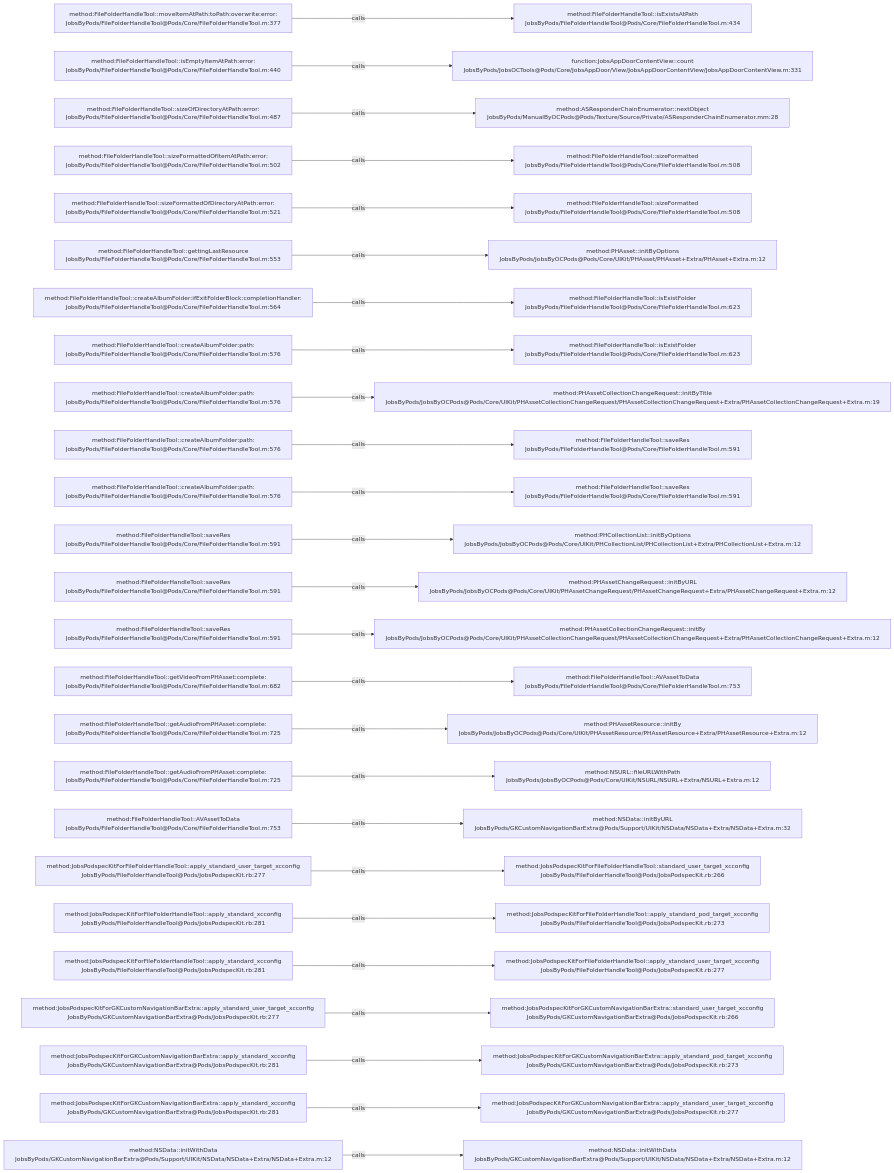
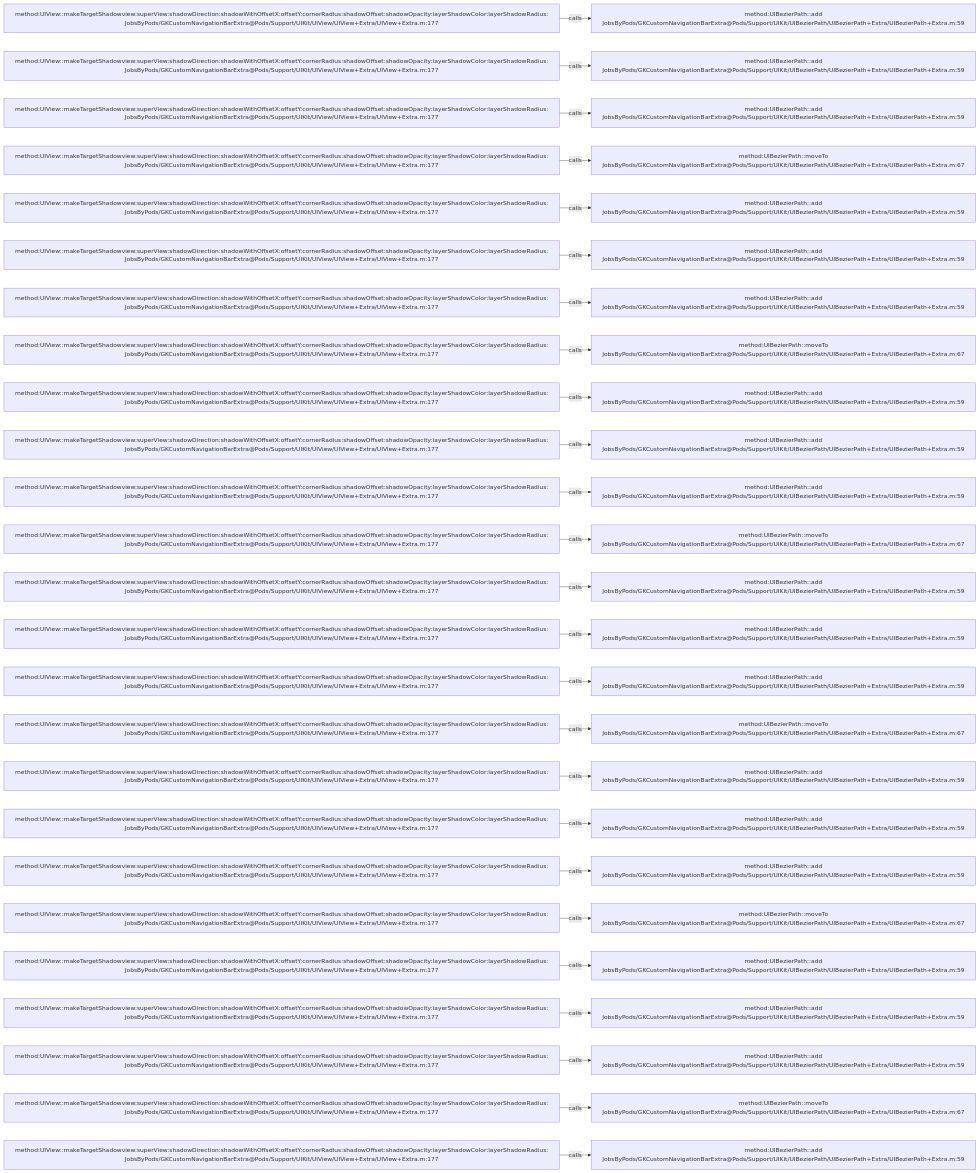
Before and after one commit to JobsKits/JobsOCBaseConfigDemo: the diagram in .codegraph/codegraph.md/graphs/calls-003.md, drawn with Mermaid. The commit also changed 573 other files, not shown here.

````diff
--- a/.codegraph/codegraph.md/graphs/calls-003.md
+++ b/.codegraph/codegraph.md/graphs/calls-003.md
@@ -13,78 +13,78 @@
 ```mermaid
 flowchart LR
-  S1["method:FileFolderHandleTool::moveItemAtPath:toPath:overwrite:error:<br/>JobsByPods/FileFolderHandleTool@Pods/Core/FileFolderHandleTool.m:377"]
-  T1["method:FileFolderHandleTool::isExistsAtPath<br/>JobsByPods/FileFolderHandleTool@Pods/Core/FileFolderHandleTool.m:434"]
+  S1["method:UIView::makeTargetShadowview:superView:shadowDirection:shadowWithOffsetX:offsetY:cornerRadius:shadowOffset:shadowOpacity:layerShadowColor:layerShadowRadius:<br/>JobsByPods/GKCustomNavigationBarExtra@Pods/Support/UIKit/UIView/UIView+Extra/UIView+Extra.m:177"]
+  T1["method:UIBezierPath::add<br/>JobsByPods/GKCustomNavigationBarExtra@Pods/Support/UIKit/UIBezierPath/UIBezierPath+Extra/UIBezierPath+Extra.m:59"]
   S1 -->|calls| T1
-  S2["method:FileFolderHandleTool::isEmptyItemAtPath:error:<br/>JobsByPods/FileFolderHandleTool@Pods/Core/FileFolderHandleTool.m:440"]
-  T2["function:JobsAppDoorContentView::count<br/>JobsByPods/JobsOCTools@Pods/Core/JobsAppDoor/View/JobsAppDoorContentView/JobsAppDoorContentView.m:331"]
+  S2["method:UIView::makeTargetShadowview:superView:shadowDirection:shadowWithOffsetX:offsetY:cornerRadius:shadowOffset:shadowOpacity:layerShadowColor:layerShadowRadius:<br/>JobsByPods/GKCustomNavigationBarExtra@Pods/Support/UIKit/UIView/UIView+Extra/UIView+Extra.m:177"]
+  T2["method:UIBezierPath::add<br/>JobsByPods/GKCustomNavigationBarExtra@Pods/Support/UIKit/UIBezierPath/UIBezierPath+Extra/UIBezierPath+Extra.m:59"]
   S2 -->|calls| T2
-  S3["method:FileFolderHandleTool::sizeOfDirectoryAtPath:error:<br/>JobsByPods/FileFolderHandleTool@Pods/Core/FileFolderHandleTool.m:487"]
-  T3["method:ASResponderChainEnumerator::nextObject<br/>JobsByPods/ManualByOCPods@Pods/Texture/Source/Private/ASResponderChainEnumerator.mm:28"]
+  S3["method:UIView::makeTargetShadowview:superView:shadowDirection:shadowWithOffsetX:offsetY:cornerRadius:shadowOffset:shadowOpacity:layerShadowColor:layerShadowRadius:<br/>JobsByPods/GKCustomNavigationBarExtra@Pods/Support/UIKit/UIView/UIView+Extra/UIView+Extra.m:177"]
+  T3["method:UIBezierPath::add<br/>JobsByPods/GKCustomNavigationBarExtra@Pods/Support/UIKit/UIBezierPath/UIBezierPath+Extra/UIBezierPath+Extra.m:59"]
   S3 -->|calls| T3
-  S4["method:FileFolderHandleTool::sizeFormattedOfItemAtPath:error:<br/>JobsByPods/FileFolderHandleTool@Pods/Core/FileFolderHandleTool.m:502"]
-  T4["method:FileFolderHandleTool::sizeFormatted<br/>JobsByPods/FileFolderHandleTool@Pods/Core/FileFolderHandleTool.m:508"]
+  S4["method:UIView::makeTargetShadowview:superView:shadowDirection:shadowWithOffsetX:offsetY:cornerRadius:shadowOffset:shadowOpacity:layerShadowColor:layerShadowRadius:<br/>JobsByPods/GKCustomNavigationBarExtra@Pods/Support/UIKit/UIView/UIView+Extra/UIView+Extra.m:177"]
+  T4["method:UIBezierPath::moveTo<br/>JobsByPods/GKCustomNavigationBarExtra@Pods/Support/UIKit/UIBezierPath/UIBezierPath+Extra/UIBezierPath+Extra.m:67"]
   S4 -->|calls| T4
-  S5["method:FileFolderHandleTool::sizeFormattedOfDirectoryAtPath:error:<br/>JobsByPods/FileFolderHandleTool@Pods/Core/FileFolderHandleTool.m:521"]
-  T5["method:FileFolderHandleTool::sizeFormatted<br/>JobsByPods/FileFolderHandleTool@Pods/Core/FileFolderHandleTool.m:508"]
+  S5["method:UIView::makeTargetShadowview:superView:shadowDirection:shadowWithOffsetX:offsetY:cornerRadius:shadowOffset:shadowOpacity:layerShadowColor:layerShadowRadius:<br/>JobsByPods/GKCustomNavigationBarExtra@Pods/Support/UIKit/UIView/UIView+Extra/UIView+Extra.m:177"]
+  T5["method:UIBezierPath::add<br/>JobsByPods/GKCustomNavigationBarExtra@Pods/Support/UIKit/UIBezierPath/UIBezierPath+Extra/UIBezierPath+Extra.m:59"]
   S5 -->|calls| T5
-  S6["method:FileFolderHandleTool::gettingLastResource<br/>JobsByPods/FileFolderHandleTool@Pods/Core/FileFolderHandleTool.m:553"]
-  T6["method:PHAsset::initByOptions<br/>JobsByPods/JobsByOCPods@Pods/Core/UIKit/PHAsset/PHAsset+Extra/PHAsset+Extra.m:12"]
+  S6["method:UIView::makeTargetShadowview:superView:shadowDirection:shadowWithOffsetX:offsetY:cornerRadius:shadowOffset:shadowOpacity:layerShadowColor:layerShadowRadius:<br/>JobsByPods/GKCustomNavigationBarExtra@Pods/Support/UIKit/UIView/UIView+Extra/UIView+Extra.m:177"]
+  T6["method:UIBezierPath::add<br/>JobsByPods/GKCustomNavigationBarExtra@Pods/Support/UIKit/UIBezierPath/UIBezierPath+Extra/UIBezierPath+Extra.m:59"]
   S6 -->|calls| T6
-  S7["method:FileFolderHandleTool::createAlbumFolder:ifExitFolderBlock:completionHandler:<br/>JobsByPods/FileFolderHandleTool@Pods/Core/FileFolderHandleTool.m:564"]
-  T7["method:FileFolderHandleTool::isExistFolder<br/>JobsByPods/FileFolderHandleTool@Pods/Core/FileFolderHandleTool.m:623"]
+  S7["method:UIView::makeTargetShadowview:superView:shadowDirection:shadowWithOffsetX:offsetY:cornerRadius:shadowOffset:shadowOpacity:layerShadowColor:layerShadowRadius:<br/>JobsByPods/GKCustomNavigationBarExtra@Pods/Support/UIKit/UIView/UIView+Extra/UIView+Extra.m:177"]
+  T7["method:UIBezierPath::add<br/>JobsByPods/GKCustomNavigationBarExtra@Pods/Support/UIKit/UIBezierPath/UIBezierPath+Extra/UIBezierPath+Extra.m:59"]
   S7 -->|calls| T7
-  S8["method:FileFolderHandleTool::createAlbumFolder:path:<br/>JobsByPods/FileFolderHandleTool@Pods/Core/FileFolderHandleTool.m:576"]
-  T8["method:FileFolderHandleTool::isExistFolder<br/>JobsByPods/FileFolderHandleTool@Pods/Core/FileFolderHandleTool.m:623"]
+  S8["method:UIView::makeTargetShadowview:superView:shadowDirection:shadowWithOffsetX:offsetY:cornerRadius:shadowOffset:shadowOpacity:layerShadowColor:layerShadowRadius:<br/>JobsByPods/GKCustomNavigationBarExtra@Pods/Support/UIKit/UIView/UIView+Extra/UIView+Extra.m:177"]
+  T8["method:UIBezierPath::moveTo<br/>JobsByPods/GKCustomNavigationBarExtra@Pods/Support/UIKit/UIBezierPath/UIBezierPath+Extra/UIBezierPath+Extra.m:67"]
   S8 -->|calls| T8
-  S9["method:FileFolderHandleTool::createAlbumFolder:path:<br/>JobsByPods/FileFolderHandleTool@Pods/Core/FileFolderHandleTool.m:576"]
-  T9["method:PHAssetCollectionChangeRequest::initByTitle<br/>JobsByPods/JobsByOCPods@Pods/Core/UIKit/PHAssetCollectionChangeRequest/PHAssetCollectionChangeRequest+Extra/PHAssetCollectionChangeRequest+Extra.m:19"]
+  S9["method:UIView::makeTargetShadowview:superView:shadowDirection:shadowWithOffsetX:offsetY:cornerRadius:shadowOffset:shadowOpacity:layerShadowColor:layerShadowRadius:<br/>JobsByPods/GKCustomNavigationBarExtra@Pods/Support/UIKit/UIView/UIView+Extra/UIView+Extra.m:177"]
+  T9["method:UIBezierPath::add<br/>JobsByPods/GKCustomNavigationBarExtra@Pods/Support/UIKit/UIBezierPath/UIBezierPath+Extra/UIBezierPath+Extra.m:59"]
   S9 -->|calls| T9
-  S10["method:FileFolderHandleTool::createAlbumFolder:path:<br/>JobsByPods/FileFolderHandleTool@Pods/Core/FileFolderHandleTool.m:576"]
-  T10["method:FileFolderHandleTool::saveRes<br/>JobsByPods/FileFolderHandleTool@Pods/Core/FileFolderHandleTool.m:591"]
+  S10["method:UIView::makeTargetShadowview:superView:shadowDirection:shadowWithOffsetX:offsetY:cornerRadius:shadowOffset:shadowOpacity:layerShadowColor:layerShadowRadius:<br/>JobsByPods/GKCustomNavigationBarExtra@Pods/Support/UIKit/UIView/UIView+Extra/UIView+Extra.m:177"]
+  T10["method:UIBezierPath::add<br/>JobsByPods/GKCustomNavigationBarExtra@Pods/Support/UIKit/UIBezierPath/UIBezierPath+Extra/UIBezierPath+Extra.m:59"]
   S10 -->|calls| T10
-  S11["method:FileFolderHandleTool::createAlbumFolder:path:<br/>JobsByPods/FileFolderHandleTool@Pods/Core/FileFolderHandleTool.m:576"]
-  T11["method:FileFolderHandleTool::saveRes<br/>JobsByPods/FileFolderHandleTool@Pods/Core/FileFolderHandleTool.m:591"]
+  S11["method:UIView::makeTargetShadowview:superView:shadowDirection:shadowWithOffsetX:offsetY:cornerRadius:shadowOffset:shadowOpacity:layerShadowColor:layerShadowRadius:<br/>JobsByPods/GKCustomNavigationBarExtra@Pods/Support/UIKit/UIView/UIView+Extra/UIView+Extra.m:177"]
+  T11["method:UIBezierPath::add<br/>JobsByPods/GKCustomNavigationBarExtra@Pods/Support/UIKit/UIBezierPath/UIBezierPath+Extra/UIBezierPath+Extra.m:59"]
   S11 -->|calls| T11
-  S12["method:FileFolderHandleTool::saveRes<br/>JobsByPods/FileFolderHandleTool@Pods/Core/FileFolderHandleTool.m:591"]
-  T12["method:PHCollectionList::initByOptions<br/>JobsByPods/JobsByOCPods@Pods/Core/UIKit/PHCollectionList/PHCollectionList+Extra/PHCollectionList+Extra.m:12"]
+  S12["method:UIView::makeTargetShadowview:superView:shadowDirection:shadowWithOffsetX:offsetY:cornerRadius:shadowOffset:shadowOpacity:layerShadowColor:layerShadowRadius:<br/>JobsByPods/GKCustomNavigationBarExtra@Pods/Support/UIKit/UIView/UIView+Extra/UIView+Extra.m:177"]
+  T12["method:UIBezierPath::moveTo<br/>JobsByPods/GKCustomNavigationBarExtra@Pods/Support/UIKit/UIBezierPath/UIBezierPath+Extra/UIBezierPath+Extra.m:67"]
   S12 -->|calls| T12
-  S13["method:FileFolderHandleTool::saveRes<br/>JobsByPods/FileFolderHandleTool@Pods/Core/FileFolderHandleTool.m:591"]
-  T13["method:PHAssetChangeRequest::initByURL<br/>JobsByPods/JobsByOCPods@Pods/Core/UIKit/PHAssetChangeRequest/PHAssetChangeRequest+Extra/PHAssetChangeRequest+Extra.m:12"]
+  S13["method:UIView::makeTargetShadowview:superView:shadowDirection:shadowWithOffsetX:offsetY:cornerRadius:shadowOffset:shadowOpacity:layerShadowColor:layerShadowRadius:<br/>JobsByPods/GKCustomNavigationBarExtra@Pods/Support/UIKit/UIView/UIView+Extra/UIView+Extra.m:177"]
+  T13["method:UIBezierPath::add<br/>JobsByPods/GKCustomNavigationBarExtra@Pods/Support/UIKit/UIBezierPath/UIBezierPath+Extra/UIBezierPath+Extra.m:59"]
   S13 -->|calls| T13
-  S14["method:FileFolderHandleTool::saveRes<br/>JobsByPods/FileFolderHandleTool@Pods/Core/FileFolderHandleTool.m:591"]
-  T14["method:PHAssetCollectionChangeRequest::initBy<br/>JobsByPods/JobsByOCPods@Pods/Core/UIKit/PHAssetCollectionChangeRequest/PHAssetCollectionChangeRequest+Extra/PHAssetCollectionChangeRequest+Extra.m:12"]
+  S14["method:UIView::makeTargetShadowview:superView:shadowDirection:shadowWithOffsetX:offsetY:cornerRadius:shadowOffset:shadowOpacity:layerShadowColor:layerShadowRadius:<br/>JobsByPods/GKCustomNavigationBarExtra@Pods/Support/UIKit/UIView/UIView+Extra/UIView+Extra.m:177"]
+  T14["method:UIBezierPath::add<br/>JobsByPods/GKCustomNavigationBarExtra@Pods/Support/UIKit/UIBezierPath/UIBezierPath+Extra/UIBezierPath+Extra.m:59"]
   S14 -->|calls| T14
-  S15["method:FileFolderHandleTool::getVideoFromPHAsset:complete:<br/>JobsByPods/FileFolderHandleTool@Pods/Core/FileFolderHandleTool.m:682"]
-  T15["method:FileFolderHandleTool::AVAssetToData<br/>JobsByPods/FileFolderHandleTool@Pods/Core/FileFolderHandleTool.m:753"]
+  S15["method:UIView::makeTargetShadowview:superView:shadowDirection:shadowWithOffsetX:offsetY:cornerRadius:shadowOffset:shadowOpacity:layerShadowColor:layerShadowRadius:<br/>JobsByPods/GKCustomNavigationBarExtra@Pods/Support/UIKit/UIView/UIView+Extra/UIView+Extra.m:177"]
+  T15["method:UIBezierPath::add<br/>JobsByPods/GKCustomNavigationBarExtra@Pods/Support/UIKit/UIBezierPath/UIBezierPath+Extra/UIBezierPath+Extra.m:59"]
   S15 -->|calls| T15
-  S16["method:FileFolderHandleTool::getAudioFromPHAsset:complete:<br/>JobsByPods/FileFolderHandleTool@Pods/Core/FileFolderHandleTool.m:725"]
-  T16["method:PHAssetResource::initBy<br/>JobsByPods/JobsByOCPods@Pods/Core/UIKit/PHAssetResource/PHAssetResource+Extra/PHAssetResource+Extra.m:12"]
+  S16["method:UIView::makeTargetShadowview:superView:shadowDirection:shadowWithOffsetX:offsetY:cornerRadius:shadowOffset:shadowOpacity:layerShadowColor:layerShadowRadius:<br/>JobsByPods/GKCustomNavigationBarExtra@Pods/Support/UIKit/UIView/UIView+Extra/UIView+Extra.m:177"]
+  T16["method:UIBezierPath::moveTo<br/>JobsByPods/GKCustomNavigationBarExtra@Pods/Support/UIKit/UIBezierPath/UIBezierPath+Extra/UIBezierPath+Extra.m:67"]
   S16 -->|calls| T16
-  S17["method:FileFolderHandleTool::getAudioFromPHAsset:complete:<br/>JobsByPods/FileFolderHandleTool@Pods/Core/FileFolderHandleTool.m:725"]
-  T17["method:NSURL::fileURLWithPath<br/>JobsByPods/JobsByOCPods@Pods/Core/UIKit/NSURL/NSURL+Extra/NSURL+Extra.m:12"]
+  S17["method:UIView::makeTargetShadowview:superView:shadowDirection:shadowWithOffsetX:offsetY:cornerRadius:shadowOffset:shadowOpacity:layerShadowColor:layerShadowRadius:<br/>JobsByPods/GKCustomNavigationBarExtra@Pods/Support/UIKit/UIView/UIView+Extra/UIView+Extra.m:177"]
+  T17["method:UIBezierPath::add<br/>JobsByPods/GKCustomNavigationBarExtra@Pods/Support/UIKit/UIBezierPath/UIBezierPath+Extra/UIBezierPath+Extra.m:59"]
   S17 -->|calls| T17
-  S18["method:FileFolderHandleTool::AVAssetToData<br/>JobsByPods/FileFolderHandleTool@Pods/Core/FileFolderHandleTool.m:753"]
-  T18["method:NSData::initByURL<br/>JobsByPods/GKCustomNavigationBarExtra@Pods/Support/UIKit/NSData/NSData+Extra/NSData+Extra.m:32"]
+  S18["method:UIView::makeTargetShadowview:superView:shadowDirection:shadowWithOffsetX:offsetY:cornerRadius:shadowOffset:shadowOpacity:layerShadowColor:layerShadowRadius:<br/>JobsByPods/GKCustomNavigationBarExtra@Pods/Support/UIKit/UIView/UIView+Extra/UIView+Extra.m:177"]
+  T18["method:UIBezierPath::add<br/>JobsByPods/GKCustomNavigationBarExtra@Pods/Support/UIKit/UIBezierPath/UIBezierPath+Extra/UIBezierPath+Extra.m:59"]
   S18 -->|calls| T18
-  S19["method:JobsPodspecKitForFileFolderHandleTool::apply_standard_user_target_xcconfig<br/>JobsByPods/FileFolderHandleTool@Pods/JobsPodspecKit.rb:277"]
-  T19["method:JobsPodspecKitForFileFolderHandleTool::standard_user_target_xcconfig<br/>JobsByPods/FileFolderHandleTool@Pods/JobsPodspecKit.rb:266"]
+  S19["method:UIView::makeTargetShadowview:superView:shadowDirection:shadowWithOffsetX:offsetY:cornerRadius:shadowOffset:shadowOpacity:layerShadowColor:layerShadowRadius:<br/>JobsByPods/GKCustomNavigationBarExtra@Pods/Support/UIKit/UIView/UIView+Extra/UIView+Extra.m:177"]
+  T19["method:UIBezierPath::add<br/>JobsByPods/GKCustomNavigationBarExtra@Pods/Support/UIKit/UIBezierPath/UIBezierPath+Extra/UIBezierPath+Extra.m:59"]
   S19 -->|calls| T19
-  S20["method:JobsPodspecKitForFileFolderHandleTool::apply_standard_xcconfig<br/>JobsByPods/FileFolderHandleTool@Pods/JobsPodspecKit.rb:281"]
-  T20["method:JobsPodspecKitForFileFolderHandleTool::apply_standard_pod_target_xcconfig<br/>JobsByPods/FileFolderHandleTool@Pods/JobsPodspecKit.rb:273"]
+  S20["method:UIView::makeTargetShadowview:superView:shadowDirection:shadowWithOffsetX:offsetY:cornerRadius:shadowOffset:shadowOpacity:layerShadowColor:layerShadowRadius:<br/>JobsByPods/GKCustomNavigationBarExtra@Pods/Support/UIKit/UIView/UIView+Extra/UIView+Extra.m:177"]
+  T20["method:UIBezierPath::moveTo<br/>JobsByPods/GKCustomNavigationBarExtra@Pods/Support/UIKit/UIBezierPath/UIBezierPath+Extra/UIBezierPath+Extra.m:67"]
   S20 -->|calls| T20
-  S21["method:JobsPodspecKitForFileFolderHandleTool::apply_standard_xcconfig<br/>JobsByPods/FileFolderHandleTool@Pods/JobsPodspecKit.rb:281"]
-  T21["method:JobsPodspecKitForFileFolderHandleTool::apply_standard_user_target_xcconfig<br/>JobsByPods/FileFolderHandleTool@Pods/JobsPodspecKit.rb:277"]
+  S21["method:UIView::makeTargetShadowview:superView:shadowDirection:shadowWithOffsetX:offsetY:cornerRadius:shadowOffset:shadowOpacity:layerShadowColor:layerShadowRadius:<br/>JobsByPods/GKCustomNavigationBarExtra@Pods/Support/UIKit/UIView/UIView+Extra/UIView+Extra.m:177"]
+  T21["method:UIBezierPath::add<br/>JobsByPods/GKCustomNavigationBarExtra@Pods/Support/UIKit/UIBezierPath/UIBezierPath+Extra/UIBezierPath+Extra.m:59"]
   S21 -->|calls| T21
-  S22["method:JobsPodspecKitForGKCustomNavigationBarExtra::apply_standard_user_target_xcconfig<br/>JobsByPods/GKCustomNavigationBarExtra@Pods/JobsPodspecKit.rb:277"]
-  T22["method:JobsPodspecKitForGKCustomNavigationBarExtra::standard_user_target_xcconfig<br/>JobsByPods/GKCustomNavigationBarExtra@Pods/JobsPodspecKit.rb:266"]
+  S22["method:UIView::makeTargetShadowview:superView:shadowDirection:shadowWithOffsetX:offsetY:cornerRadius:shadowOffset:shadowOpacity:layerShadowColor:layerShadowRadius:<br/>JobsByPods/GKCustomNavigationBarExtra@Pods/Support/UIKit/UIView/UIView+Extra/UIView+Extra.m:177"]
+  T22["method:UIBezierPath::add<br/>JobsByPods/GKCustomNavigationBarExtra@Pods/Support/UIKit/UIBezierPath/UIBezierPath+Extra/UIBezierPath+Extra.m:59"]
   S22 -->|calls| T22
-  S23["method:JobsPodspecKitForGKCustomNavigationBarExtra::apply_standard_xcconfig<br/>JobsByPods/GKCustomNavigationBarExtra@Pods/JobsPodspecKit.rb:281"]
-  T23["method:JobsPodspecKitForGKCustomNavigationBarExtra::apply_standard_pod_target_xcconfig<br/>JobsByPods/GKCustomNavigationBarExtra@Pods/JobsPodspecKit.rb:273"]
+  S23["method:UIView::makeTargetShadowview:superView:shadowDirection:shadowWithOffsetX:offsetY:cornerRadius:shadowOffset:shadowOpacity:layerShadowColor:layerShadowRadius:<br/>JobsByPods/GKCustomNavigationBarExtra@Pods/Support/UIKit/UIView/UIView+Extra/UIView+Extra.m:177"]
+  T23["method:UIBezierPath::add<br/>JobsByPods/GKCustomNavigationBarExtra@Pods/Support/UIKit/UIBezierPath/UIBezierPath+Extra/UIBezierPath+Extra.m:59"]
   S23 -->|calls| T23
-  S24["method:JobsPodspecKitForGKCustomNavigationBarExtra::apply_standard_xcconfig<br/>JobsByPods/GKCustomNavigationBarExtra@Pods/JobsPodspecKit.rb:281"]
-  T24["method:JobsPodspecKitForGKCustomNavigationBarExtra::apply_standard_user_target_xcconfig<br/>JobsByPods/GKCustomNavigationBarExtra@Pods/JobsPodspecKit.rb:277"]
+  S24["method:UIView::makeTargetShadowview:superView:shadowDirection:shadowWithOffsetX:offsetY:cornerRadius:shadowOffset:shadowOpacity:layerShadowColor:layerShadowRadius:<br/>JobsByPods/GKCustomNavigationBarExtra@Pods/Support/UIKit/UIView/UIView+Extra/UIView+Extra.m:177"]
+  T24["method:UIBezierPath::moveTo<br/>JobsByPods/GKCustomNavigationBarExtra@Pods/Support/UIKit/UIBezierPath/UIBezierPath+Extra/UIBezierPath+Extra.m:67"]
   S24 -->|calls| T24
-  S25["method:NSData::initWithData<br/>JobsByPods/GKCustomNavigationBarExtra@Pods/Support/UIKit/NSData/NSData+Extra/NSData+Extra.m:12"]
-  T25["method:NSData::initWithData<br/>JobsByPods/GKCustomNavigationBarExtra@Pods/Support/UIKit/NSData/NSData+Extra/NSData+Extra.m:12"]
+  S25["method:UIView::makeTargetShadowview:superView:shadowDirection:shadowWithOffsetX:offsetY:cornerRadius:shadowOffset:shadowOpacity:layerShadowColor:layerShadowRadius:<br/>JobsByPods/GKCustomNavigationBarExtra@Pods/Support/UIKit/UIView/UIView+Extra/UIView+Extra.m:177"]
+  T25["method:UIBezierPath::add<br/>JobsByPods/GKCustomNavigationBarExtra@Pods/Support/UIKit/UIBezierPath/UIBezierPath+Extra/UIBezierPath+Extra.m:59"]
   S25 -->|calls| T25
 ```
````
